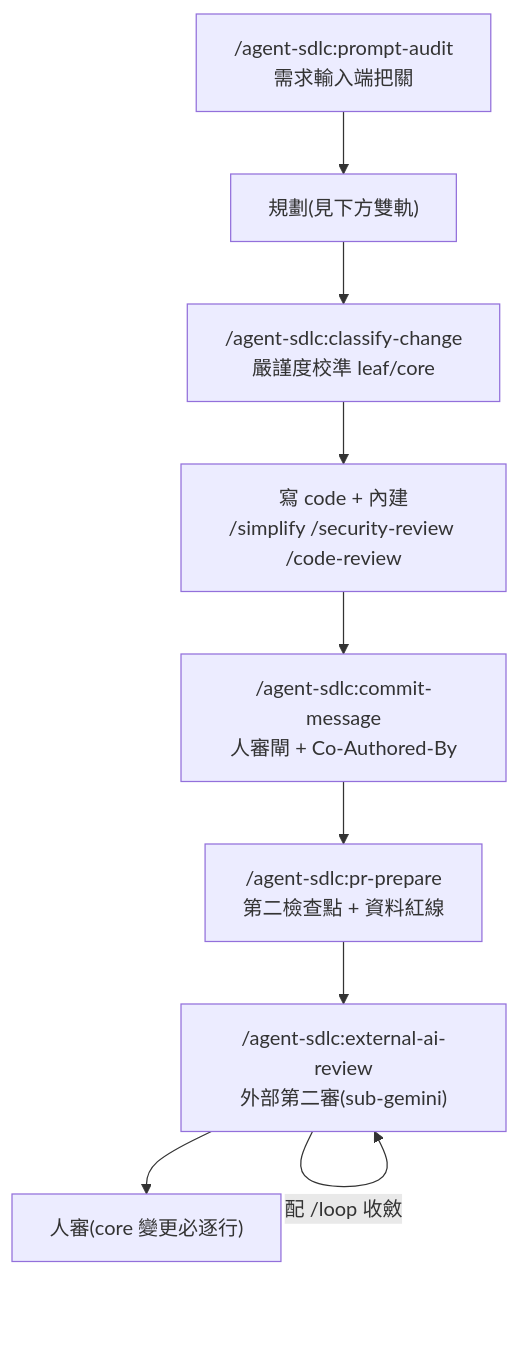
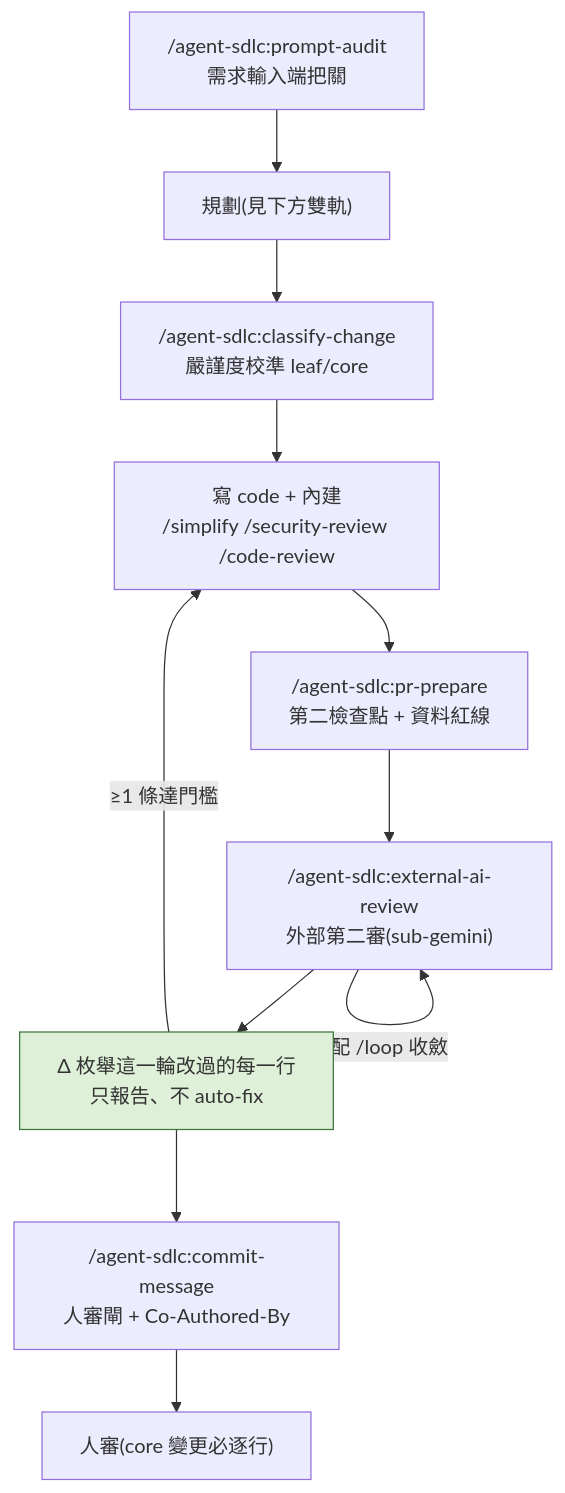
Before and after one commit to TapiocaQAQ/agent-sdlc-skills: the diagram in README.md, drawn with Mermaid. The commit also changed other lines of this file and 5 other files, not shown here.

First line of the commit message:
feat(sdlc): 新增 Δ 關，並把 commit 排到外部審查之後

````diff
--- a/README.md
+++ b/README.md
@@ -66,11 +66,14 @@
 ```mermaid
 flowchart TD
     A["/agent-sdlc:prompt-audit<br/>需求輸入端把關"] --> B["規劃(見下方雙軌)"]
     B --> C["/agent-sdlc:classify-change<br/>嚴謹度校準 leaf/core"]
     C --> D["寫 code + 內建<br/>/simplify /security-review /code-review"]
-    D --> E["/agent-sdlc:commit-message<br/>人審閘 + Co-Authored-By"]
-    E --> F["/agent-sdlc:pr-prepare<br/>第二檢查點 + 資料紅線"]
+    D --> F["/agent-sdlc:pr-prepare<br/>第二檢查點 + 資料紅線"]
     F --> G["/agent-sdlc:external-ai-review<br/>外部第二審(sub-gemini)"]
     G -->|"配 /loop 收斂"| G
-    G --> H["人審(core 變更必逐行)"]
+    G --> X["Δ 枚舉這一輪改過的每一行<br/>只報告、不 auto-fix"]
+    X -->|"≥1 條達門檻"| D
+    X --> E["/agent-sdlc:commit-message<br/>人審閘 + Co-Authored-By"]
+    E --> H["人審(core 變更必逐行)"]
+    style X fill:#dff0d8,stroke:#3c763d
 ```
````
